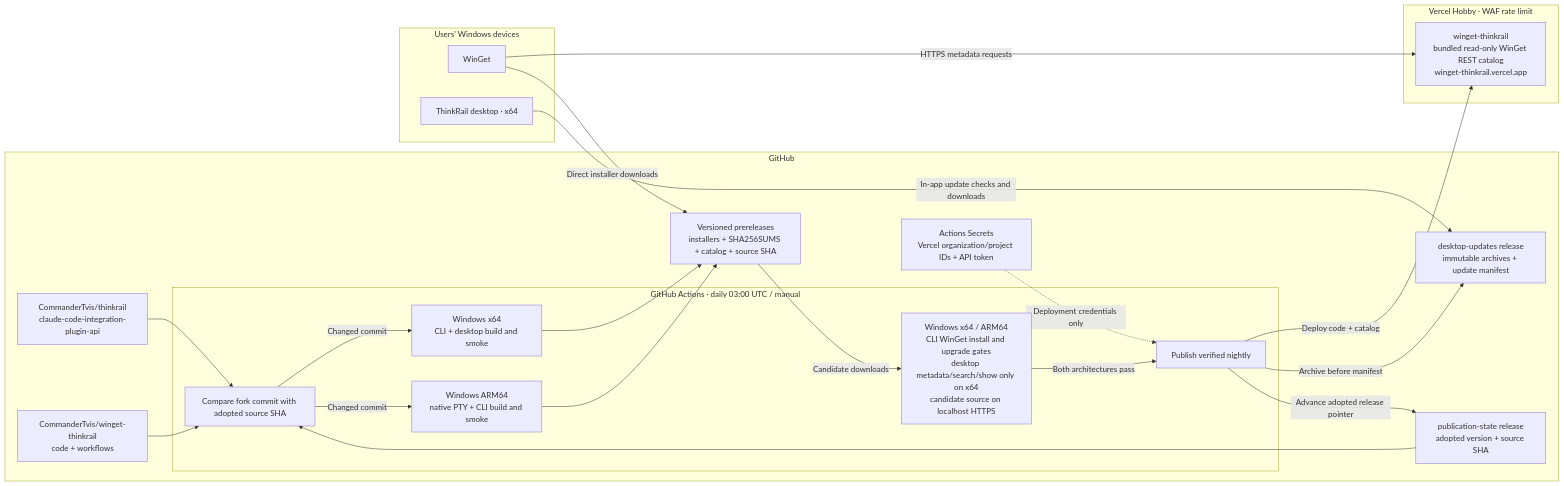
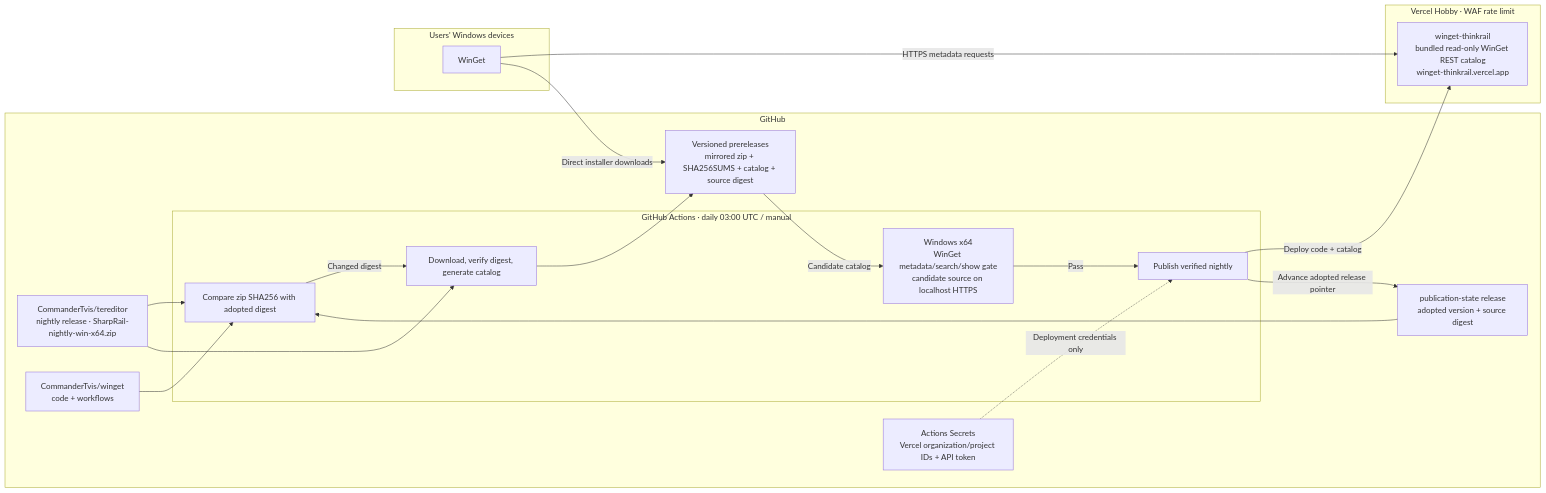
Before and after one commit to CommanderTvis/winget-thinkrail: the diagram in architecture.md, drawn with Mermaid. The commit also changed other lines of this file and 19 other files, not shown here.

First line of the commit message:
Publish only SharpRail, mirrored from CommanderTvis/tereditor

````diff
--- a/architecture.md
+++ b/architecture.md
@@ -31,44 +31,38 @@
 ```mermaid
 flowchart LR
   subgraph GitHub["GitHub"]
-    fork["CommanderTvis/thinkrail<br/>claude-code-integration-plugin-api"]
-    repo["CommanderTvis/winget-thinkrail<br/>code + workflows"]
+    upstream["CommanderTvis/tereditor<br/>nightly release · SharpRail-nightly-win-x64.zip"]
+    repo["CommanderTvis/winget<br/>code + workflows"]
     subgraph CI["GitHub Actions · daily 03:00 UTC / manual"]
-      compare["Compare fork commit with adopted source SHA"]
-      x64["Windows x64<br/>CLI + desktop build and smoke"]
-      arm64["Windows ARM64<br/>native PTY + CLI build and smoke"]
-      gates["Windows x64 / ARM64<br/>CLI WinGet install and upgrade gates<br/>desktop metadata/search/show only on x64<br/>candidate source on localhost HTTPS"]
+      compare["Compare zip SHA256 with adopted digest"]
+      mirror["Download, verify digest, generate catalog"]
+      gates["Windows x64<br/>WinGet metadata/search/show gate<br/>candidate source on localhost HTTPS"]
       publish["Publish verified nightly"]
     end
-    releases["Versioned prereleases<br/>installers + SHA256SUMS + catalog + source SHA"]
-    state["publication-state release<br/>adopted version + source SHA"]
-    feed["desktop-updates release<br/>immutable archives + update manifest"]
+    releases["Versioned prereleases<br/>mirrored zip + SHA256SUMS + catalog + source digest"]
+    state["publication-state release<br/>adopted version + source digest"]
     secrets["Actions Secrets<br/>Vercel organization/project IDs + API token"]
   end
 
   subgraph Vercel["Vercel Hobby · WAF rate limit"]
     source["winget-thinkrail<br/>bundled read-only WinGet REST catalog<br/>winget-thinkrail.vercel.app"]
   end
 
   subgraph Windows["Users' Windows devices"]
     winget["WinGet"]
-    desktop["ThinkRail desktop · x64"]
   end
 
-  fork --> compare
+  upstream --> compare
   repo --> compare
   state --> compare
-  compare -->|Changed commit| x64
-  compare -->|Changed commit| arm64
-  x64 --> releases
-  arm64 --> releases
-  releases -->|Candidate downloads| gates
-  gates -->|Both architectures pass| publish
+  compare -->|Changed digest| mirror
+  upstream --> mirror
+  mirror --> releases
+  releases -->|Candidate catalog| gates
+  gates -->|Pass| publish
   secrets -.->|Deployment credentials only| publish
   publish -->|Deploy code + catalog| source
-  publish -->|Archive before manifest| feed
   publish -->|Advance adopted release pointer| state
   winget -->|HTTPS metadata requests| source
   winget -->|Direct installer downloads| releases
-  desktop -->|In-app update checks and downloads| feed
 ```
````
